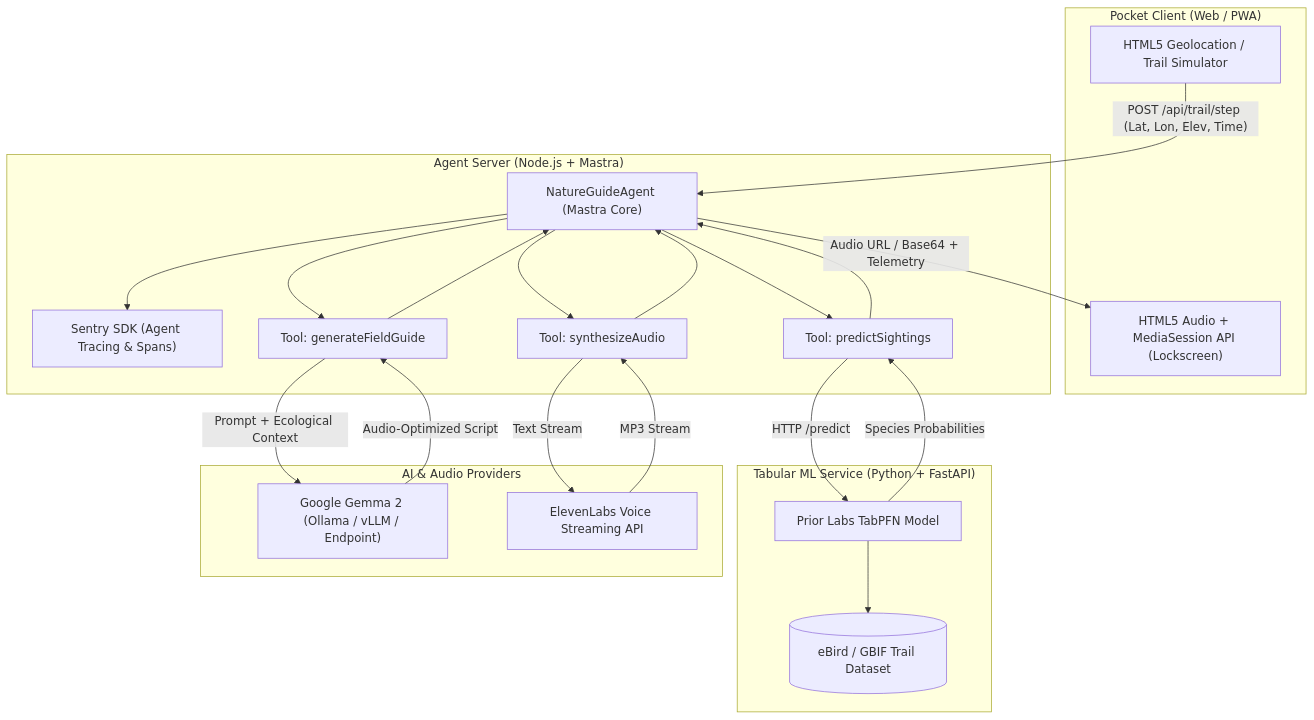
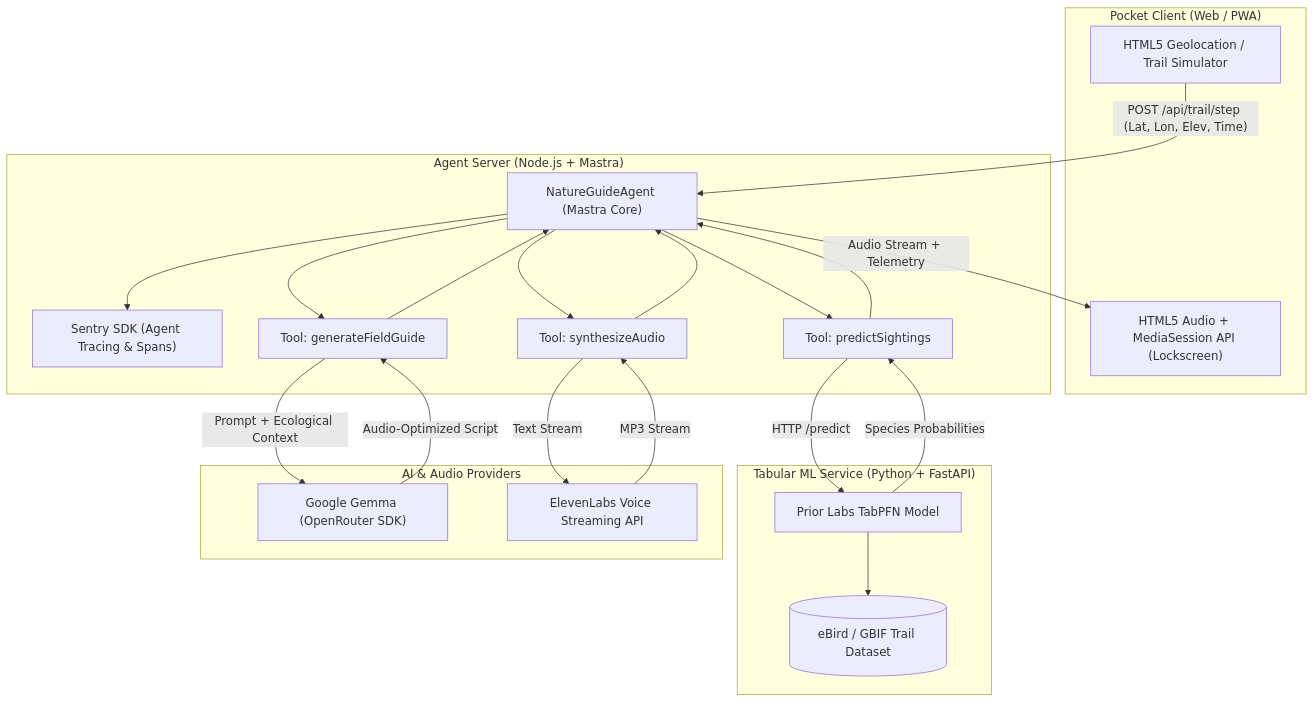
Before and after one commit to DracFiendMG/trailwhisper: the diagram in README.md, drawn with Mermaid. The commit also changed other lines of this file and 10 other files, not shown here.

Commit message:
docs: remove hackathon and prize references, focus purely on project architecture

````diff
--- a/README.md
+++ b/README.md
@@ -43,42 +46,42 @@
 ```mermaid
 flowchart TD
     subgraph Client ["Pocket Client (Web / PWA)"]
         GPS["HTML5 Geolocation / Trail Simulator"]
         Audio["HTML5 Audio + MediaSession API (Lockscreen)"]
     end
 
     subgraph AgentServer ["Agent Server (Node.js + Mastra)"]
         Sentry["Sentry SDK (Agent Tracing & Spans)"]
         Agent["NatureGuideAgent (Mastra Core)"]
         ToolTab["Tool: predictSightings"]
         ToolGemma["Tool: generateFieldGuide"]
         ToolAudio["Tool: synthesizeAudio"]
     end
 
     subgraph MLService ["Tabular ML Service (Python + FastAPI)"]
         TabPFN["Prior Labs TabPFN Model"]
         Dataset[("eBird / GBIF Trail Dataset")]
     end
 
     subgraph ExternalEngines ["AI & Audio Providers"]
-        Gemma["Google Gemma 2 (Ollama / vLLM / Endpoint)"]
+        Gemma["Google Gemma (OpenRouter SDK)"]
         ElevenLabs["ElevenLabs Voice Streaming API"]
     end
 
     GPS -->|"POST /api/trail/step (Lat, Lon, Elev, Time)"| Agent
     Agent --> Sentry
     Agent --> ToolTab
     ToolTab -->|"HTTP /predict"| TabPFN
     TabPFN --> Dataset
     TabPFN -->|"Species Probabilities"| ToolTab
     ToolTab --> Agent
     Agent --> ToolGemma
     ToolGemma -->|"Prompt + Ecological Context"| Gemma
     Gemma -->|"Audio-Optimized Script"| ToolGemma
     ToolGemma --> Agent
     Agent --> ToolAudio
     ToolAudio -->|"Text Stream"| ElevenLabs
     ElevenLabs -->|"MP3 Stream"| ToolAudio
     ToolAudio --> Agent
-    Agent -->|"Audio URL / Base64 + Telemetry"| Audio
+    Agent -->|"Audio Stream + Telemetry"| Audio
 ```
````
